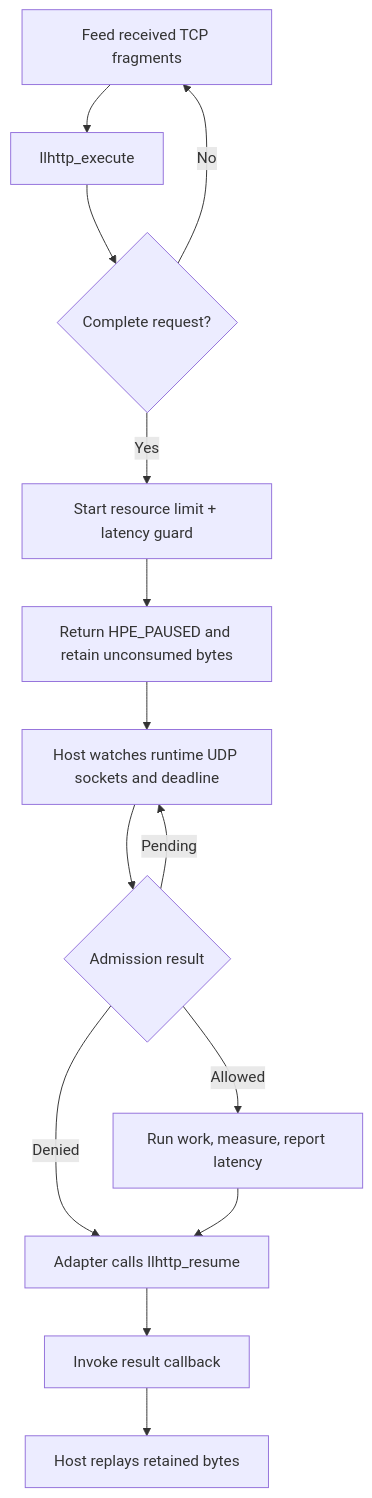
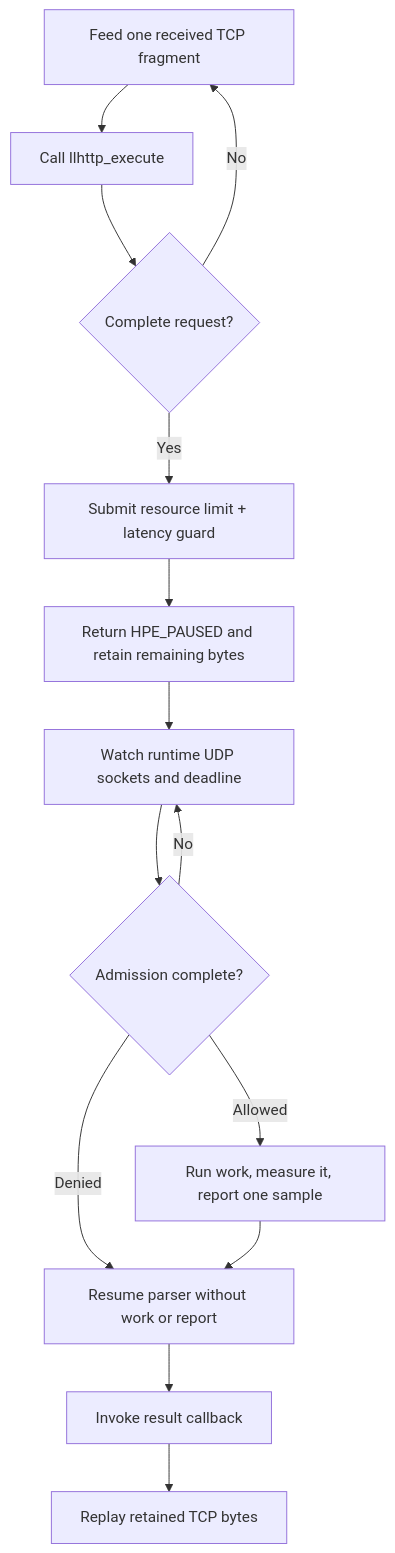
Before and after one commit to ratelimitly-com/rl-c-client: the diagram in examples/llhttp/README.md, drawn with Mermaid. The commit also changed other lines of this file, not shown here.

Commit message:
docs(llhttp): explain parser backpressure

````diff
--- a/examples/llhttp/README.md
+++ b/examples/llhttp/README.md
@@ -15,16 +27,16 @@
 ```mermaid
 flowchart TD
-    Bytes["Feed received TCP fragments"] --> Parse["llhttp_execute"]
+    Bytes["Feed one received TCP fragment"] --> Parse["Call llhttp_execute"]
     Parse --> Boundary{"Complete request?"}
     Boundary -->|No| Bytes
-    Boundary -->|Yes| Start["Start resource limit + latency guard"]
-    Start --> Pause["Return HPE_PAUSED and retain unconsumed bytes"]
-    Pause --> Host["Host watches runtime UDP sockets and deadline"]
-    Host --> Decision{"Admission result"}
-    Decision -->|Pending| Host
-    Decision -->|Denied| Resume["Adapter calls llhttp_resume"]
-    Decision -->|Allowed| Work["Run work, measure, report latency"]
+    Boundary -->|Yes| Start["Submit resource limit + latency guard"]
+    Start --> Pause["Return HPE_PAUSED and retain remaining bytes"]
+    Pause --> Host["Watch runtime UDP sockets and deadline"]
+    Host --> Decision{"Admission complete?"}
+    Decision -->|No| Host
+    Decision -->|Denied| Resume["Resume parser without work or report"]
+    Decision -->|Allowed| Work["Run work, measure it, report one sample"]
     Work --> Resume
     Resume --> Callback["Invoke result callback"]
-    Callback --> Replay["Host replays retained bytes"]
+    Callback --> Replay["Replay retained TCP bytes"]
 ```
````
